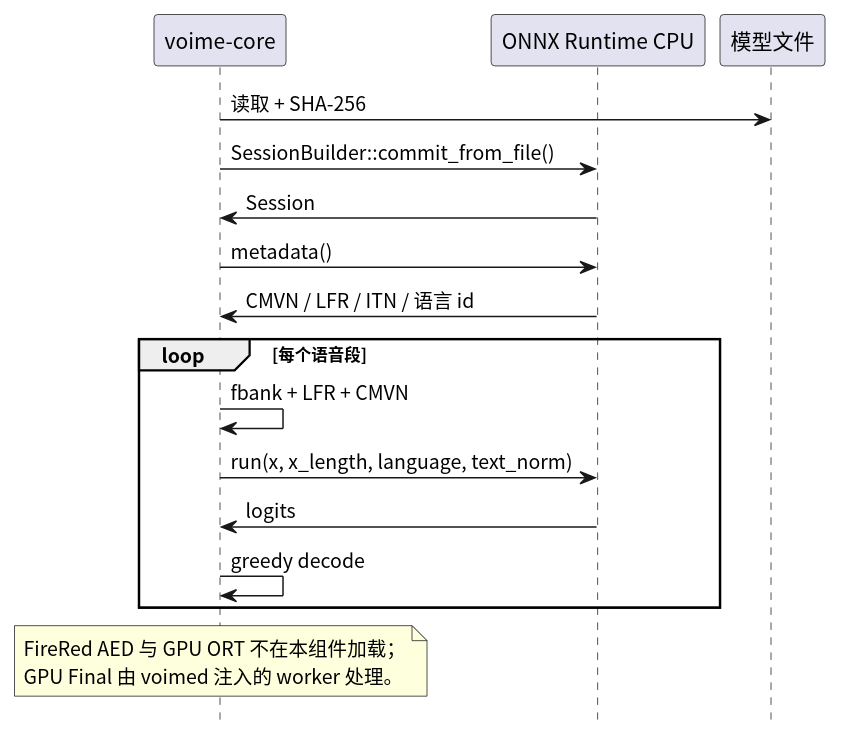
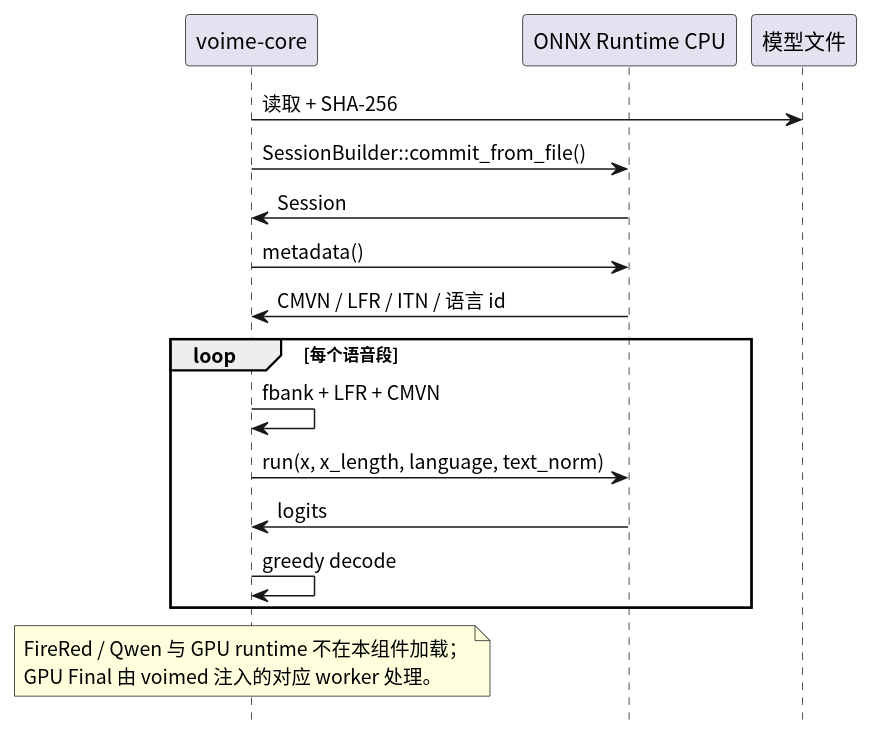
Before and after one commit to 54m43lJ/voime: the diagram in crates/voime-core/diagram/inference-boundary.puml, drawn with PlantUML. The commit also changed 63 other files, not shown here.

```diff
--- a/crates/voime-core/diagram/inference-boundary.puml
+++ b/crates/voime-core/diagram/inference-boundary.puml
@@ -1,27 +1,27 @@
 @startuml
 skinparam defaultFontName "Noto Sans CJK SC"
 skinparam shadowing false
 hide footbox
 
 participant "voime-core" as Core
 participant "ONNX Runtime CPU" as Ort
 participant "模型文件" as Model
 
 Core -> Model : 读取 + SHA-256
 Core -> Ort : SessionBuilder::commit_from_file()
 Ort -> Core : Session
 Core -> Ort : metadata()
 Ort -> Core : CMVN / LFR / ITN / 语言 id
 
 loop 每个语音段
   Core -> Core : fbank + LFR + CMVN
   Core -> Ort : run(x, x_length, language, text_norm)
   Ort -> Core : logits
   Core -> Core : greedy decode
 end
 
 note over Core
-  FireRed AED 与 GPU ORT 不在本组件加载；
-  GPU Final 由 voimed 注入的 worker 处理。
+  FireRed / Qwen 与 GPU runtime 不在本组件加载；
+  GPU Final 由 voimed 注入的对应 worker 处理。
 end note
 @enduml
```
